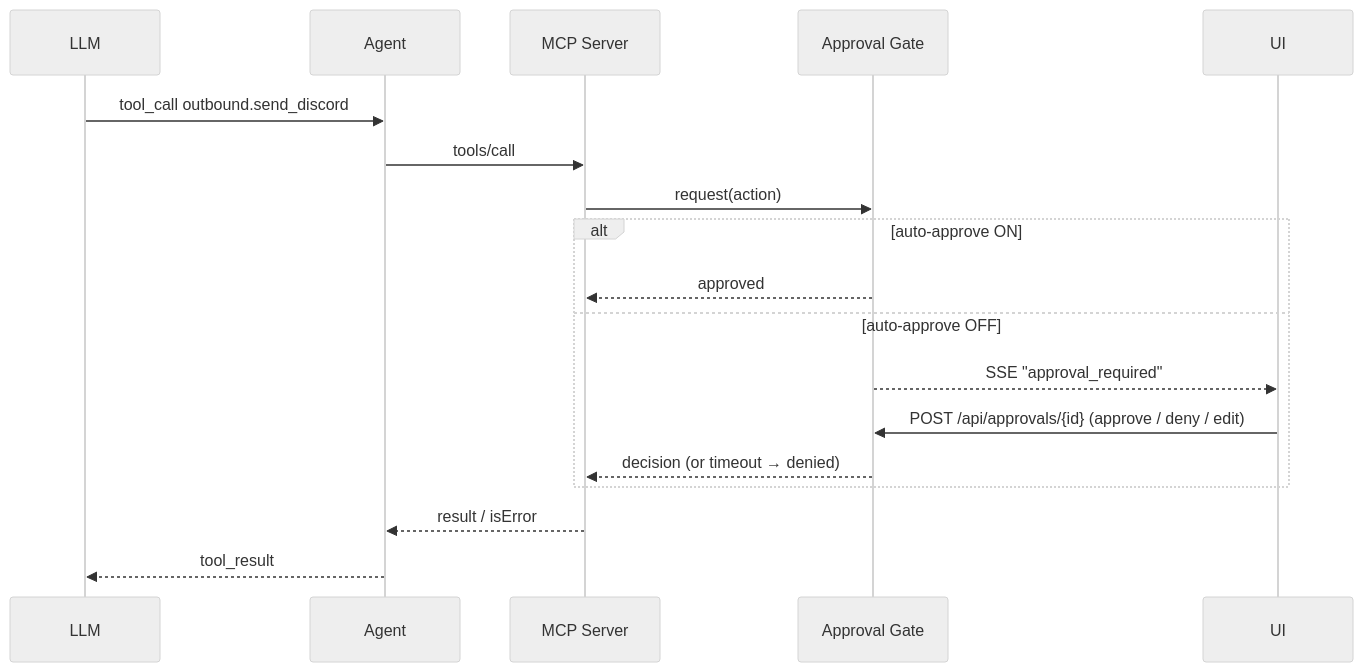
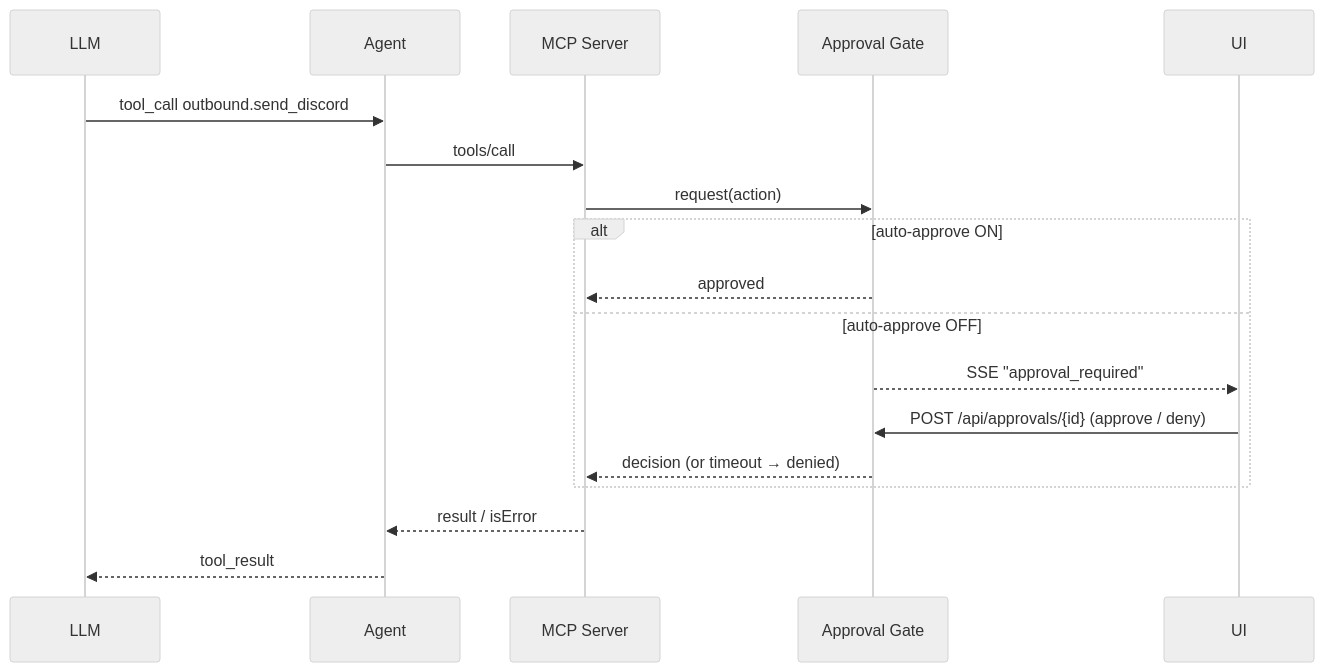
Before and after one commit to BMKoscak/mcp-nexus: the second of 2 diagrams in docs/ARCHITECTURE.md, drawn with Mermaid (neutral theme). The commit also changed other lines of this file and 1 other file, not shown here.

First line of the commit message:
docs: record phase 2 architecture decisions and devlog

````diff
--- a/docs/ARCHITECTURE.md
+++ b/docs/ARCHITECTURE.md
@@ -146,20 +160,20 @@
 ```mermaid
 sequenceDiagram
     participant LLM
     participant Agent
     participant MCP as MCP Server
     participant Gate as Approval Gate
     participant UI
     LLM->>Agent: tool_call outbound.send_discord
     Agent->>MCP: tools/call
     MCP->>Gate: request(action)
     alt auto-approve ON
         Gate-->>MCP: approved
     else auto-approve OFF
         Gate-->>UI: SSE "approval_required"
-        UI->>Gate: POST /api/approvals/{id} (approve / deny / edit)
+        UI->>Gate: POST /api/approvals/{id} (approve / deny)
         Gate-->>MCP: decision (or timeout → denied)
     end
     MCP-->>Agent: result / isError
     Agent-->>LLM: tool_result
 ```
````
